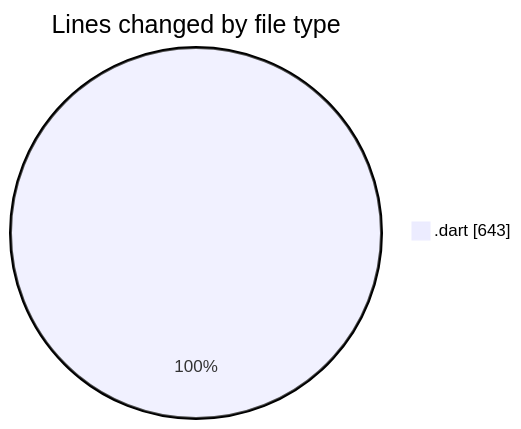
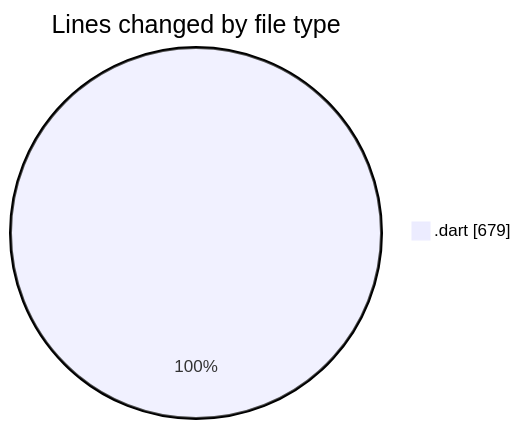
One commit to donsfak/code-tracking changed the first of 2 diagrams in 2025-03-25/wordle/README.md. Above: the diagram before and after it, drawn with Mermaid. The commit also changed other lines of this file and 1 other file, not shown here.

````diff
--- a/2025-03-25/wordle/README.md
+++ b/2025-03-25/wordle/README.md
@@ -28,5 +29,5 @@
 ```mermaid
 pie showData
 title Lines changed by file type
-".dart" : 643
+".dart" : 679
 ```
````
